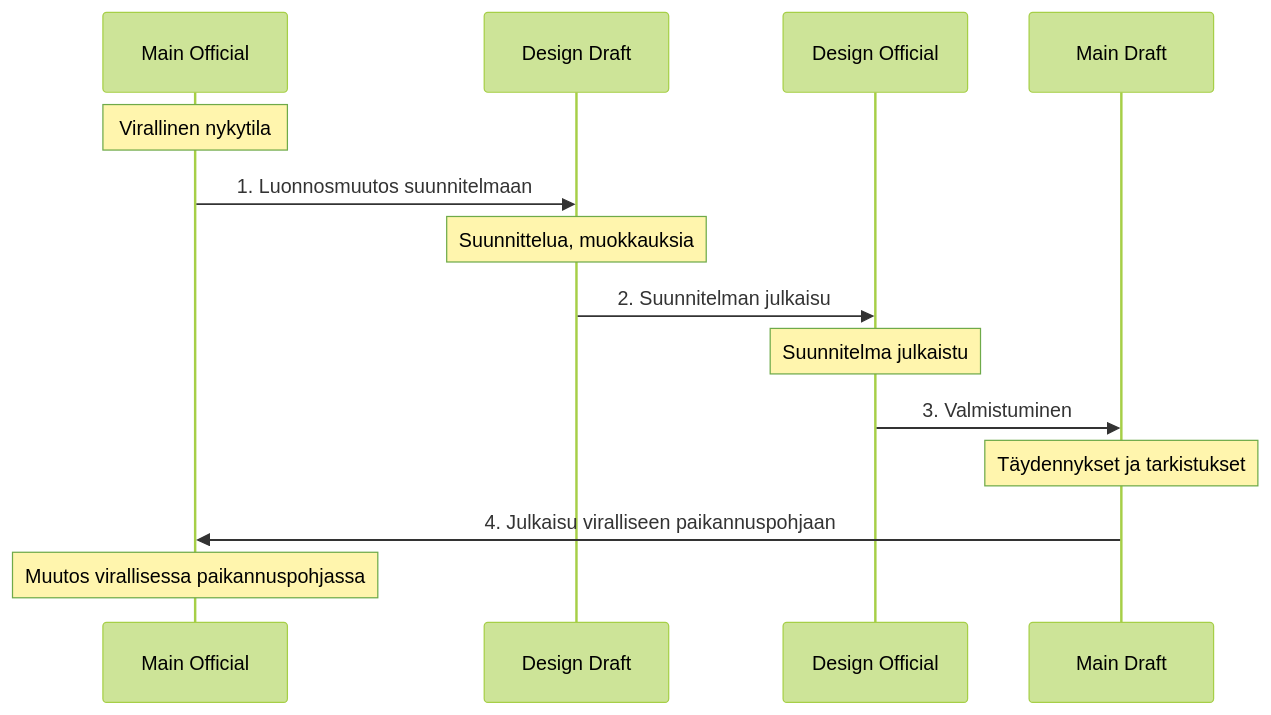
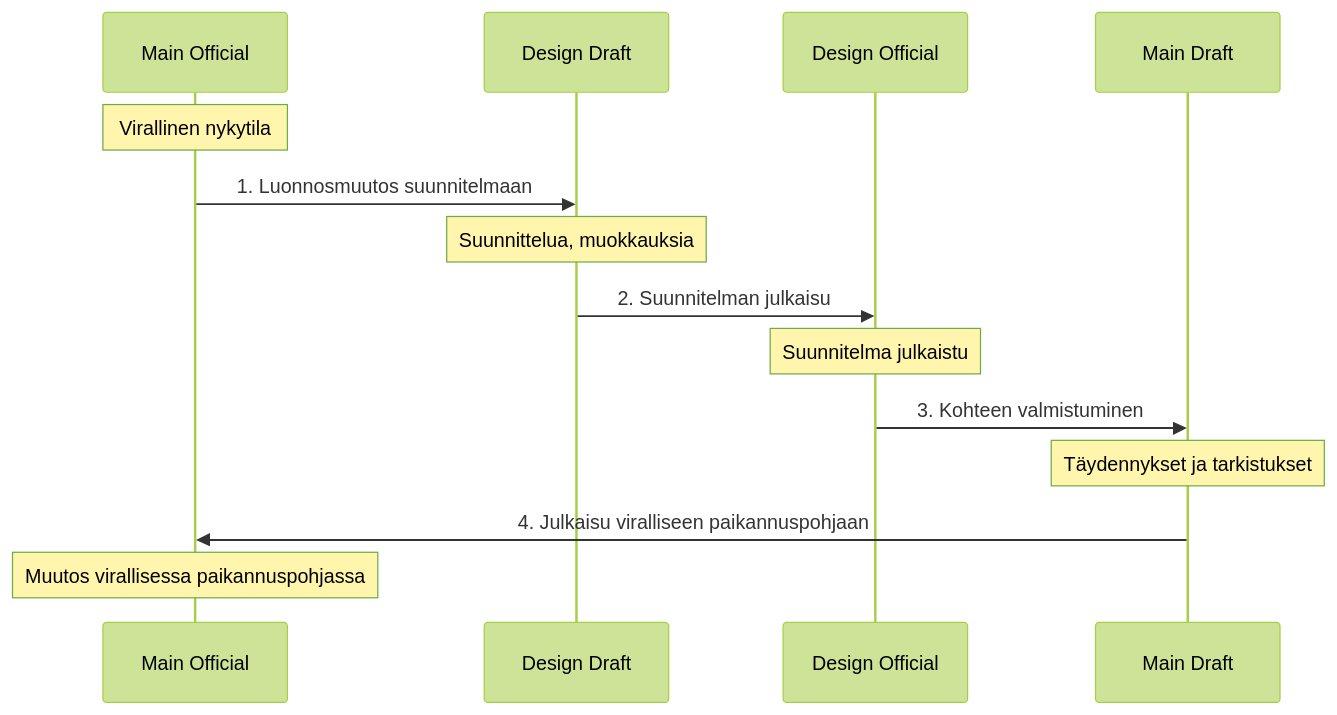
One commit to finnishtransportagency/geoviite changed the second of 3 diagrams in doc/suunnitelmatila.md. Above: the diagram before and after it, drawn with Mermaid (forest theme). The commit also changed other lines of this file and 1 other file, not shown here.

````diff
--- a/doc/suunnitelmatila.md
+++ b/doc/suunnitelmatila.md
@@ -57,17 +48,17 @@
 ```mermaid
 sequenceDiagram
     participant MO as Main Official
     participant DD as Design Draft
     participant DO as Design Official
     participant MD as Main Draft
     
     Note over MO: Virallinen nykytila
     MO->>DD: 1. Luonnosmuutos suunnitelmaan
     Note over DD: Suunnittelua, muokkauksia
     DD->>DO: 2. Suunnitelman julkaisu
     Note over DO: Suunnitelma julkaistu
-    DO->>MD: 3. Valmistuminen
+    DO->>MD: 3. Kohteen valmistuminen
     Note over MD: Täydennykset ja tarkistukset
     MD->>MO: 4. Julkaisu viralliseen paikannuspohjaan
     Note over MO: Muutos virallisessa paikannuspohjassa
 ```
````
